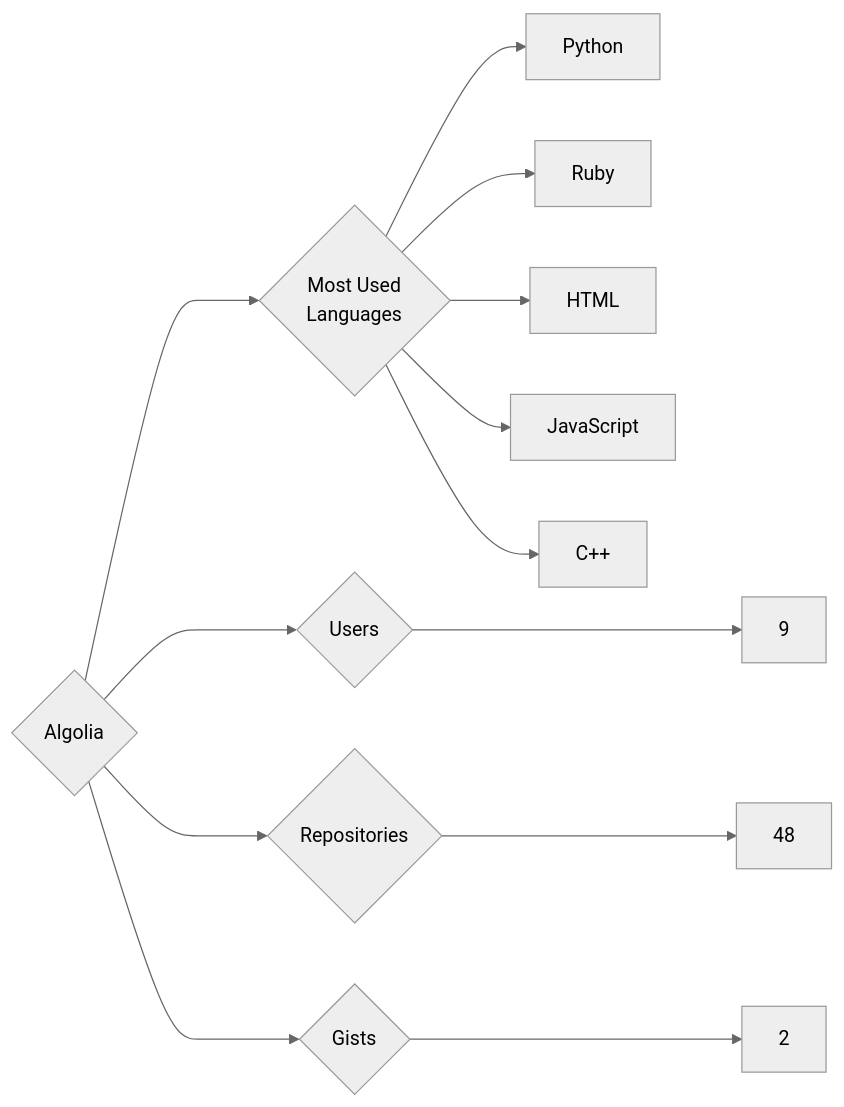
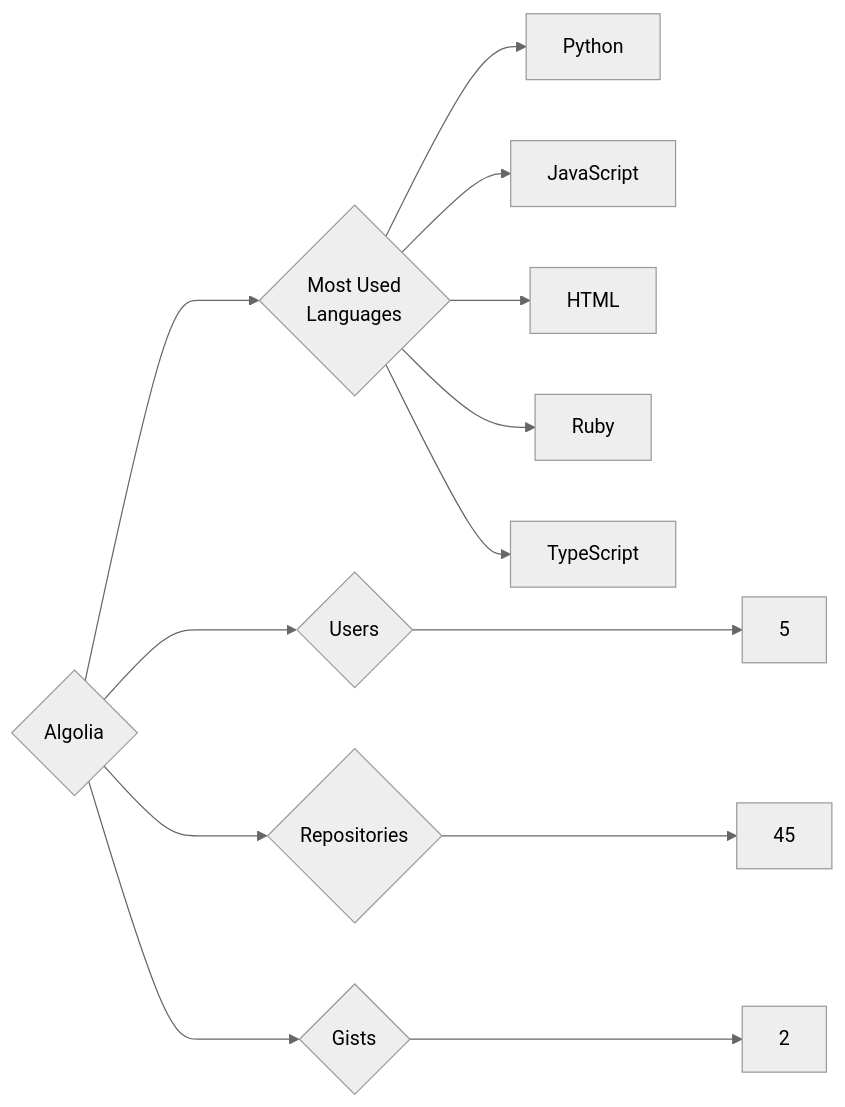
One commit to trickest/insiders changed the diagram in targets/Algolia/README.md. Above: the diagram before and after it, drawn with Mermaid (neutral theme). The commit also changed 1120 other files, not shown here.

````diff
--- a/targets/Algolia/README.md
+++ b/targets/Algolia/README.md
@@ -3,13 +3,13 @@
 ```mermaid
 graph LR
 COMPANY_NAME{Algolia}
-COMPANY_NAME ---> U{Users} ---> UN[9]
-COMPANY_NAME ---> R{Repositories} ---> RN[48]
+COMPANY_NAME ---> U{Users} ---> UN[5]
+COMPANY_NAME ---> R{Repositories} ---> RN[45]
 COMPANY_NAME ---> G{Gists} ---> GN[2]
 COMPANY_NAME ---> ML{Most Used<br>Languages}
 ML --> Python[Python]
+ML --> JavaScript[JavaScript]
+ML --> HTML[HTML]
 ML --> Ruby[Ruby]
-ML --> HTML[HTML]
-ML --> JavaScript[JavaScript]
-ML --> C++[C++]
+ML --> TypeScript[TypeScript]
 ```
````
